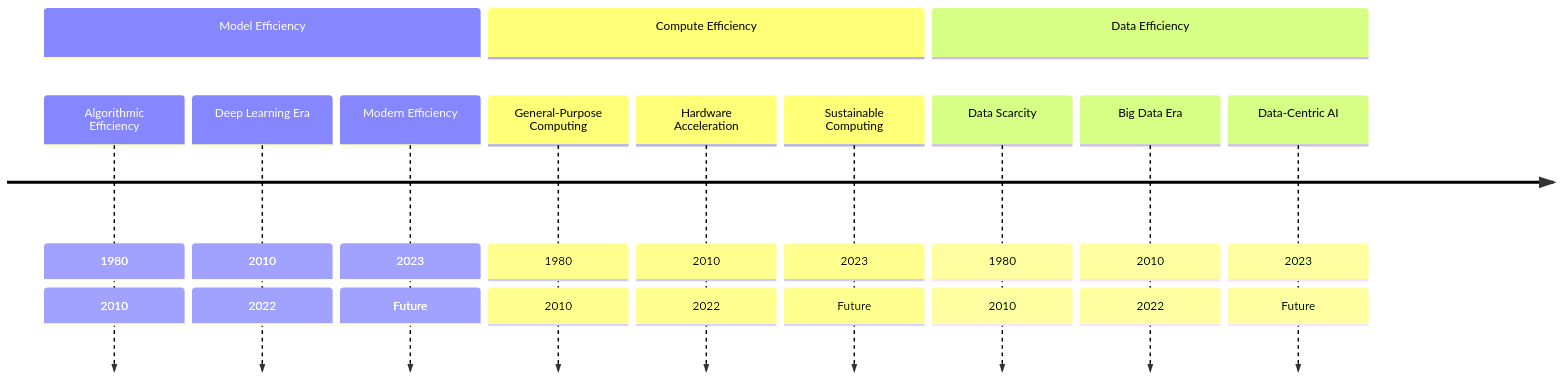
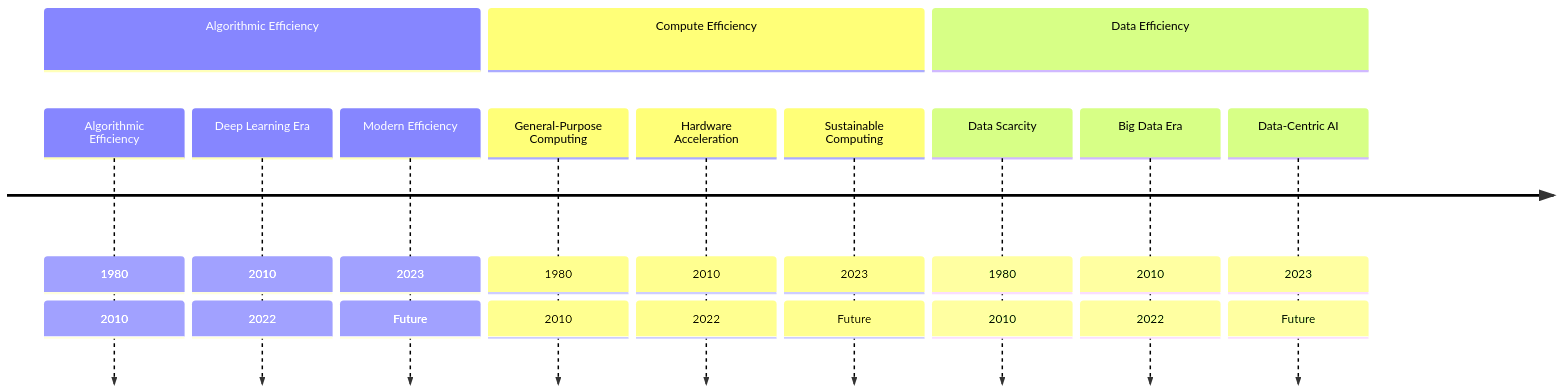
Before and after one commit to harvard-edge/cs249r_book: the first of 2 diagrams in contents/core/efficient_ai/efficient_ai.qmd, drawn with Mermaid. The commit also changed other lines of this file and 3 other files, not shown here.

````diff
--- a/contents/core/efficient_ai/efficient_ai.qmd
+++ b/contents/core/efficient_ai/efficient_ai.qmd
@@ -49,21 +49,21 @@
 ```{mermaid}
 %%| label: fig-evolution-efficiency
 %%| fig-width: 6
 %%| fig-cap: |
 %%|   Evolution of AI Efficiency over the past few decades.
 
 timeline
     dateFormat YYYY
-    section Model Efficiency
+    section Algorithmic Efficiency
         Algorithmic Efficiency: 1980: 2010
         Deep Learning Era: 2010: 2022
         Modern Efficiency: 2023: Future
     section Compute Efficiency
         General-Purpose Computing: 1980: 2010
         Hardware Acceleration: 2010: 2022
         Sustainable Computing: 2023: Future
     section Data Efficiency
         Data Scarcity: 1980: 2010
         Big Data Era: 2010: 2022
         Data-Centric AI: 2023: Future
 ```
````
